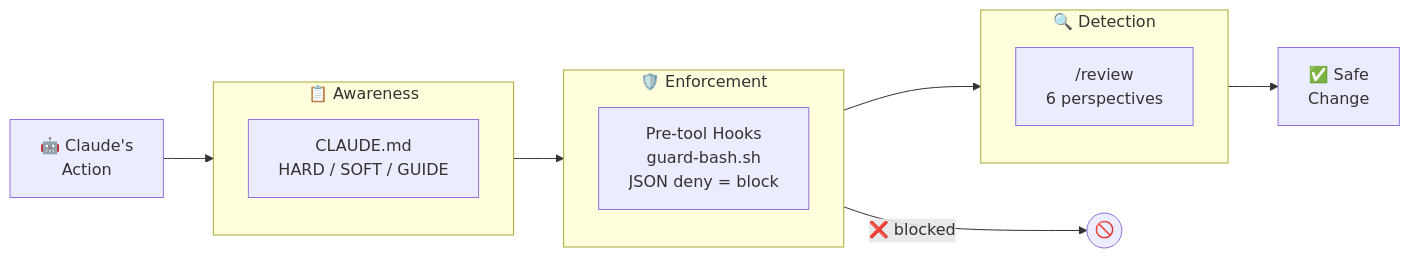
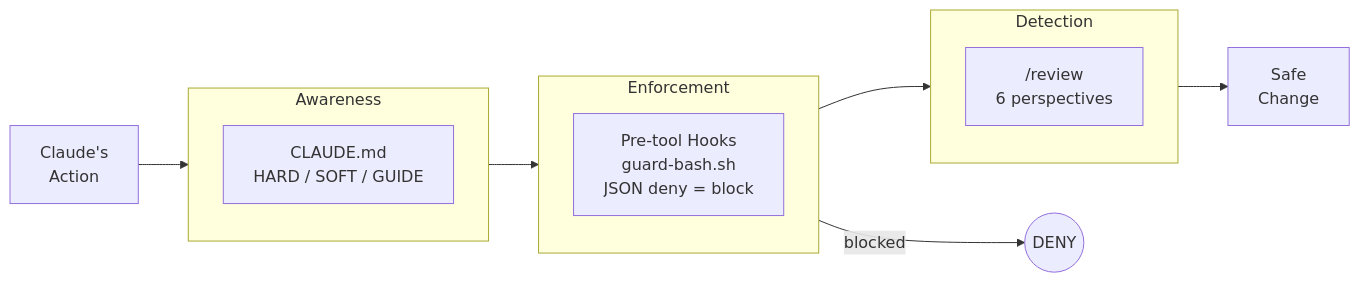
One commit to SideMountain/claude-code-sidekick changed the first of 2 diagrams in README.md. Above: the diagram before and after it, drawn with Mermaid. The commit also changed other lines of this file and 9 other files, not shown here.

````diff
--- a/README.md
+++ b/README.md
@@ -73,17 +140,17 @@
 ```mermaid
 flowchart LR
-    OP["🤖 Claude's\nAction"] --> L1
-    subgraph L1["📋 Awareness"]
+    OP["Claude's\nAction"] --> L1
+    subgraph L1["Awareness"]
         A["CLAUDE.md\nHARD / SOFT / GUIDE"]
     end
     L1 --> L2
-    subgraph L2["🛡️ Enforcement"]
+    subgraph L2["Enforcement"]
         B["Pre-tool Hooks\nguard-bash.sh\nJSON deny = block"]
     end
-    L2 -->|"❌ blocked"| DENY(("🚫"))
+    L2 -->|"blocked"| DENY(("DENY"))
     L2 --> L3
-    subgraph L3["🔍 Detection"]
+    subgraph L3["Detection"]
         C["/review\n6 perspectives"]
     end
-    L3 --> SAFE["✅ Safe\nChange"]
+    L3 --> SAFE["Safe\nChange"]
 ```
````
